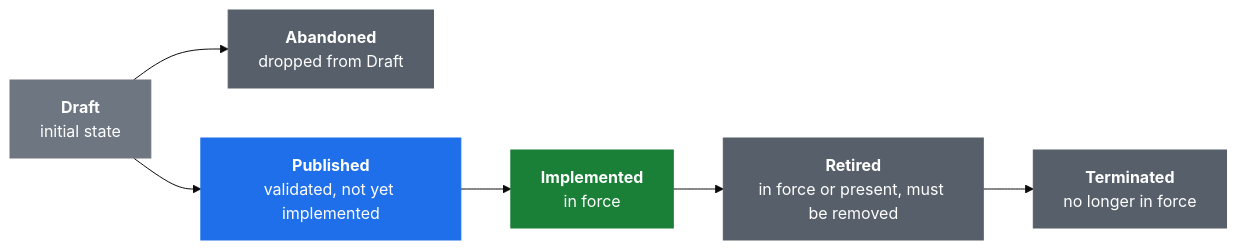
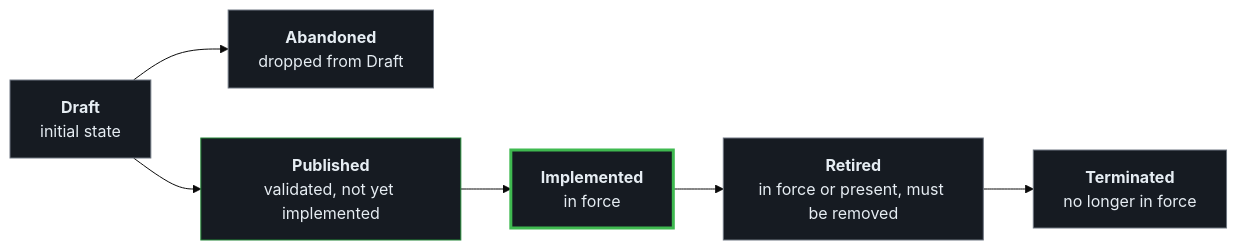
One commit to SteerSpec/strspc-rules changed the first of 3 diagrams in README.md. Above: the diagram before and after it, drawn with Mermaid (base theme). The commit also changed other lines of this file, not shown here.

````diff
--- a/README.md
+++ b/README.md
@@ -60,21 +98,21 @@
 ```mermaid
 flowchart LR
     D["<b>Draft</b><br/>initial state"]
     A["<b>Abandoned</b><br/>dropped from Draft"]
     P["<b>Published</b><br/>validated, not yet implemented"]
     I["<b>Implemented</b><br/>in force"]
     R["<b>Retired</b><br/>in force or present, must be removed"]
     T["<b>Terminated</b><br/>no longer in force"]
 
     D --> P --> I --> R --> T
     D --> A
 
-    classDef draft fill:#6e7781,stroke:#6e7781,color:#ffffff
-    classDef published fill:#1f6feb,stroke:#1f6feb,color:#ffffff
-    classDef implemented fill:#1a7f37,stroke:#1a7f37,color:#ffffff
-    classDef ended fill:#57606a,stroke:#57606a,color:#ffffff
+    classDef draft fill:#161B22,stroke:#6E7681,color:#E6EDF3
+    classDef published fill:#161B22,stroke:#238636,color:#E6EDF3
+    classDef implemented fill:#161B22,stroke:#3FB950,stroke-width:3px,color:#E6EDF3
+    classDef ended fill:#161B22,stroke:#6E7681,color:#E6EDF3
     class D draft
     class P published
     class I implemented
     class A,R,T ended
 ```
````
